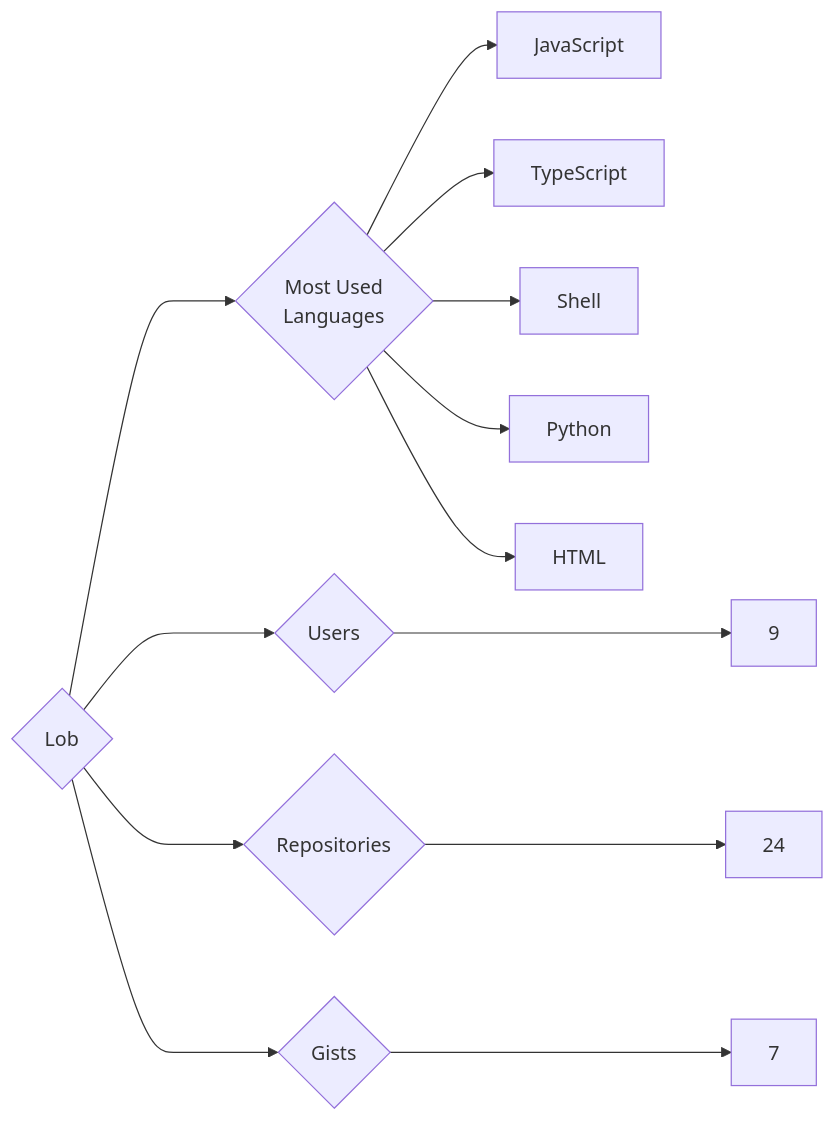
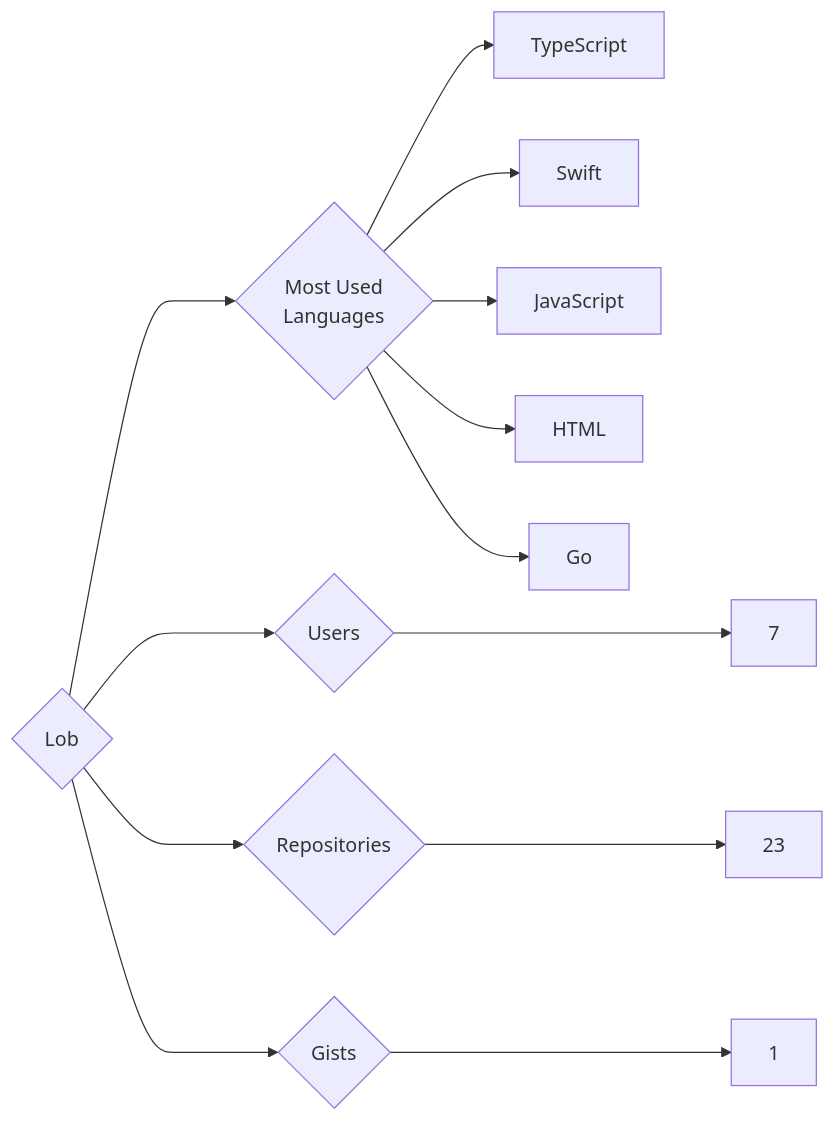
One commit to trickest/insiders changed the diagram in targets/Lob/README.md. Above: the diagram before and after it, drawn with Mermaid. The commit also changed 935 other files, not shown here.

````diff
--- a/targets/Lob/README.md
+++ b/targets/Lob/README.md
@@ -3,13 +3,13 @@
 ```mermaid
 graph LR
 COMPANY_NAME{Lob}
-COMPANY_NAME ---> U{Users} ---> UN[9]
-COMPANY_NAME ---> R{Repositories} ---> RN[24]
-COMPANY_NAME ---> G{Gists} ---> GN[7]
+COMPANY_NAME ---> U{Users} ---> UN[7]
+COMPANY_NAME ---> R{Repositories} ---> RN[23]
+COMPANY_NAME ---> G{Gists} ---> GN[1]
 COMPANY_NAME ---> ML{Most Used<br>Languages}
+ML --> TypeScript[TypeScript]
+ML --> Swift[Swift]
 ML --> JavaScript[JavaScript]
-ML --> TypeScript[TypeScript]
-ML --> Shell[Shell]
-ML --> Python[Python]
 ML --> HTML[HTML]
+ML --> Go[Go]
 ```
````
